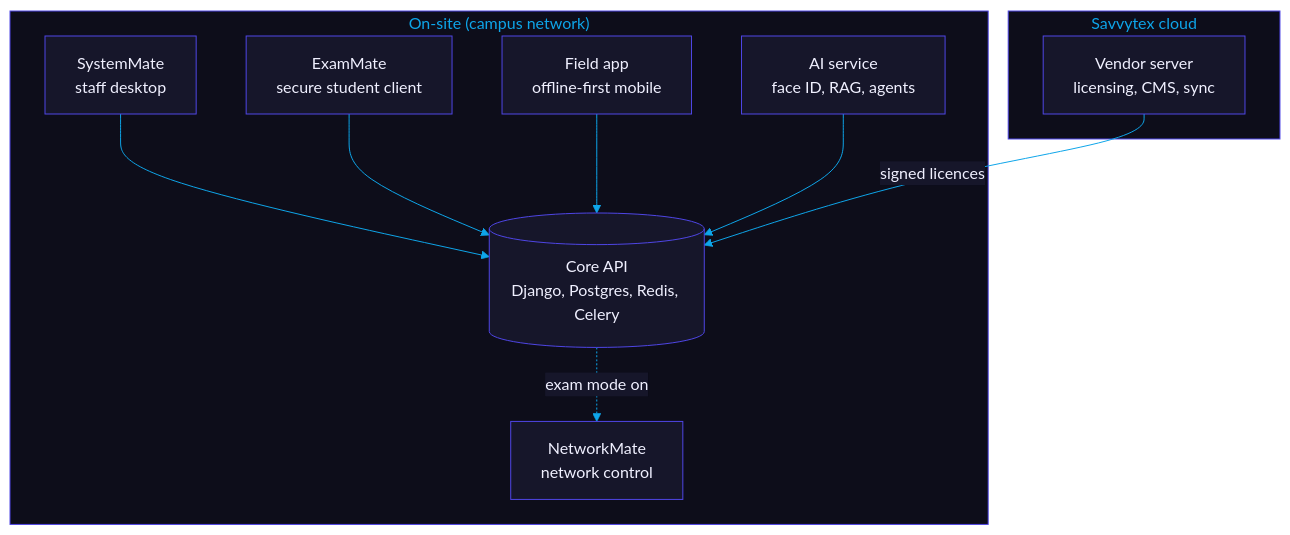
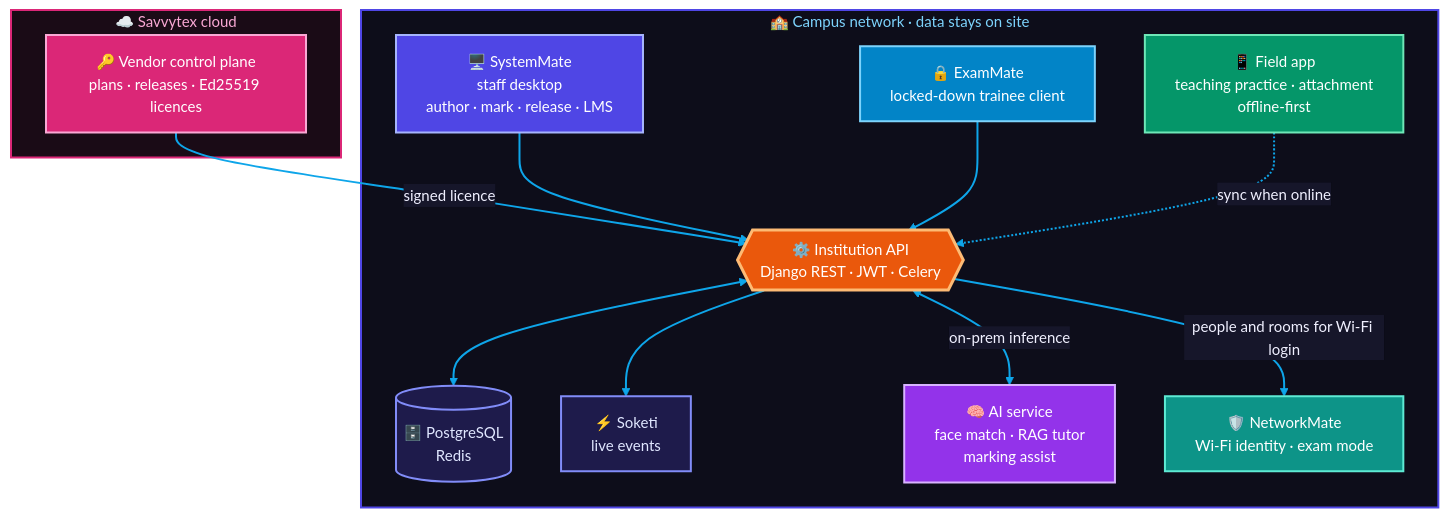
The second of 7 diagrams in README.md (flowser/flowser), drawn with Mermaid before and after one commit. The commit also changed other lines of this file and 3 other files, not shown here.

Commit message:
Flagship AEMMS section, colour Mermaid diagrams, private work index, timeline

````diff
--- a/README.md
+++ b/README.md
@@ -88,21 +129,36 @@
 ```mermaid
-%%{init: {'theme':'base','themeVariables':{'primaryColor':'#16162a','primaryTextColor':'#f0f0ff','primaryBorderColor':'#4f46e5','lineColor':'#0ea5e9','secondaryColor':'#0d0d1a','tertiaryColor':'#12121f','clusterBkg':'#0d0d1a','clusterBorder':'#4f46e5','titleColor':'#0ea5e9','edgeLabelBackground':'#16162a'}}}%%
+%%{init: {'theme':'base','themeVariables':{'fontSize':'15px','primaryColor':'#16162a','primaryTextColor':'#f0f0ff','primaryBorderColor':'#4f46e5','lineColor':'#0ea5e9','clusterBkg':'#0d0d1a','clusterBorder':'#4f46e5','titleColor':'#0ea5e9','edgeLabelBackground':'#16162a'}}}%%
 flowchart TB
-  subgraph campus["On-site (campus network)"]
-    SM["SystemMate<br/>staff desktop"]
-    EM["ExamMate<br/>secure student client"]
-    PF["Field app<br/>offline-first mobile"]
-    AI["AI service<br/>face ID, RAG, agents"]
-    API[("Core API<br/>Django, Postgres, Redis, Celery")]
-    NM["NetworkMate<br/>network control"]
+  subgraph vendor["☁️ Savvytex cloud"]
+    VS["🔑 Vendor control plane<br/>plans · releases · Ed25519 licences"]:::cloud
   end
-  subgraph cloud["Savvytex cloud"]
-    STX["Vendor server<br/>licensing, CMS, sync"]
+  subgraph campus["🏫 Campus network · data stays on site"]
+    SM["🖥️ SystemMate<br/>staff desktop<br/>author · mark · release · LMS"]:::staff
+    EM["🔒 ExamMate<br/>locked-down trainee client"]:::trainee
+    PF["📱 Field app<br/>teaching practice · attachment<br/>offline-first"]:::field
+    API{{"⚙️ Institution API<br/>Django REST · JWT · Celery"}}:::core
+    DB[("🗄️ PostgreSQL<br/>Redis")]:::data
+    RT["⚡ Soketi<br/>live events"]:::data
+    AI["🧠 AI service<br/>face match · RAG tutor<br/>marking assist"]:::ai
+    NM["🛡️ NetworkMate<br/>Wi-Fi identity · exam mode"]:::net
   end
+  VS ==>|signed licence| API
   SM --> API
   EM --> API
-  PF --> API
-  AI --> API
-  API -.->|exam mode on| NM
-  STX -->|signed licences| API
+  PF -.->|sync when online| API
+  API <--> DB
+  API --> RT
+  API <-->|on-prem inference| AI
+  API -->|people and rooms for Wi-Fi login| NM
+  classDef staff fill:#4f46e5,stroke:#a5b4fc,stroke-width:2px,color:#ffffff
+  classDef trainee fill:#0284c7,stroke:#7dd3fc,stroke-width:2px,color:#ffffff
+  classDef field fill:#059669,stroke:#6ee7b7,stroke-width:2px,color:#ffffff
+  classDef ai fill:#9333ea,stroke:#d8b4fe,stroke-width:2px,color:#ffffff
+  classDef core fill:#ea580c,stroke:#fdba74,stroke-width:3px,color:#ffffff
+  classDef data fill:#1e1b4b,stroke:#818cf8,stroke-width:2px,color:#e0e7ff
+  classDef cloud fill:#db2777,stroke:#f9a8d4,stroke-width:2px,color:#ffffff
+  classDef net fill:#0d9488,stroke:#5eead4,stroke-width:2px,color:#ffffff
+  style vendor fill:#1a0b16,stroke:#db2777,stroke-width:2px,color:#f9a8d4
+  style campus fill:#0d0d1a,stroke:#4f46e5,stroke-width:2px,color:#7dd3fc
+  linkStyle default stroke:#0ea5e9,stroke-width:2px
 ```
````
